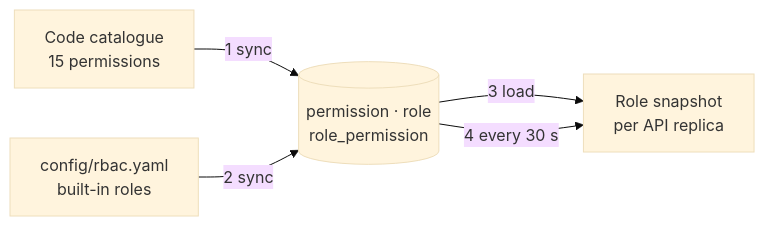
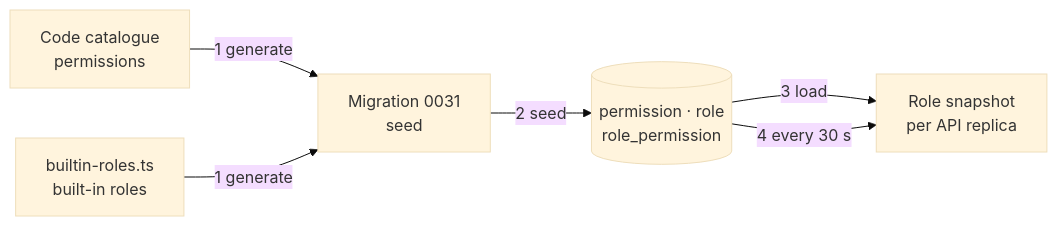
One commit to Blue-Dots-Economy/aggregator-dpg changed the fourth of 5 diagrams in docs/rbac/rbac-design-aggregator.md. Above: the diagram before and after it, drawn with Mermaid (base theme). The commit also changed other lines of this file and 1 other file, not shown here.

First line of the commit message:
docs(rbac): resolve the edge design's open questions and fix the role source

````diff
--- a/docs/rbac/rbac-design-aggregator.md
+++ b/docs/rbac/rbac-design-aggregator.md
@@ -245,11 +245,13 @@
 ```mermaid
 flowchart LR
-    C["Code catalogue<br/>15 permissions"]
-    Y["config/rbac.yaml<br/>built-in roles"]
+    C["Code catalogue<br/>permissions"]
+    Y["builtin-roles.ts<br/>built-in roles"]
+    M["Migration 0031<br/>seed"]
     T[("permission · role<br/>role_permission")]
     S["Role snapshot<br/>per API replica"]
-    C -->|1 sync| T
-    Y -->|2 sync| T
+    C -->|1 generate| M
+    Y -->|1 generate| M
+    M -->|2 seed| T
     T -->|3 load| S
     T -->|4 every 30 s| S
 ```
````
